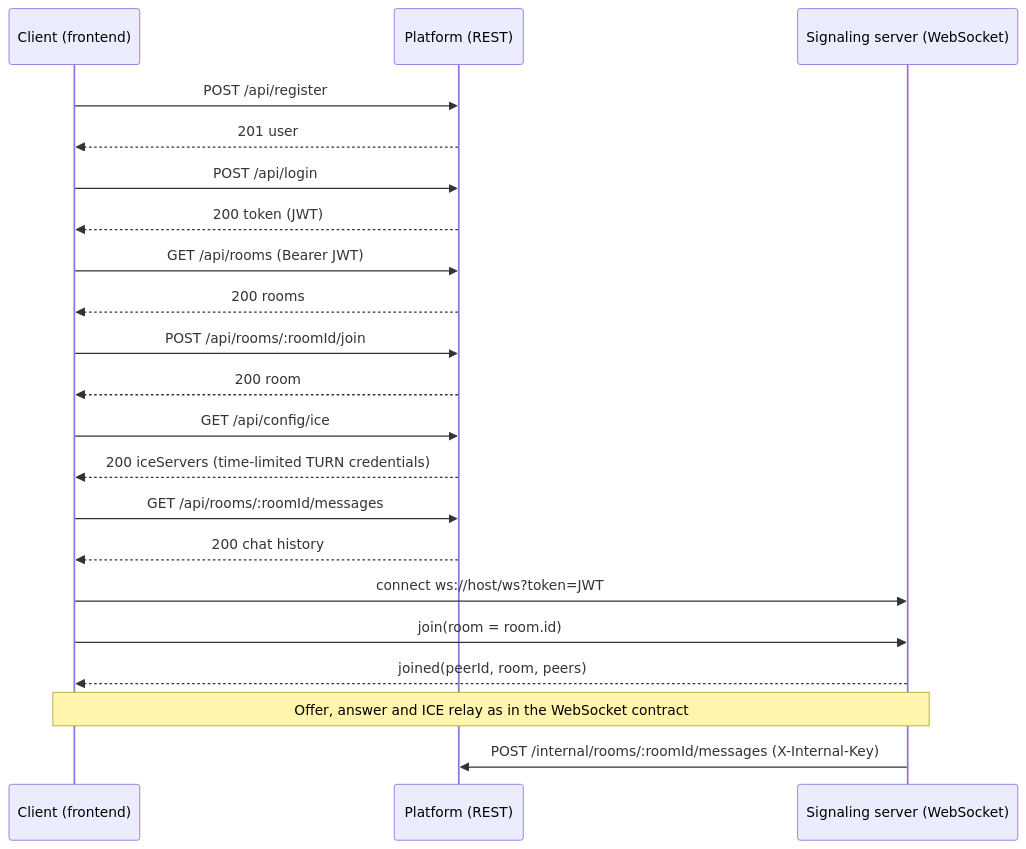
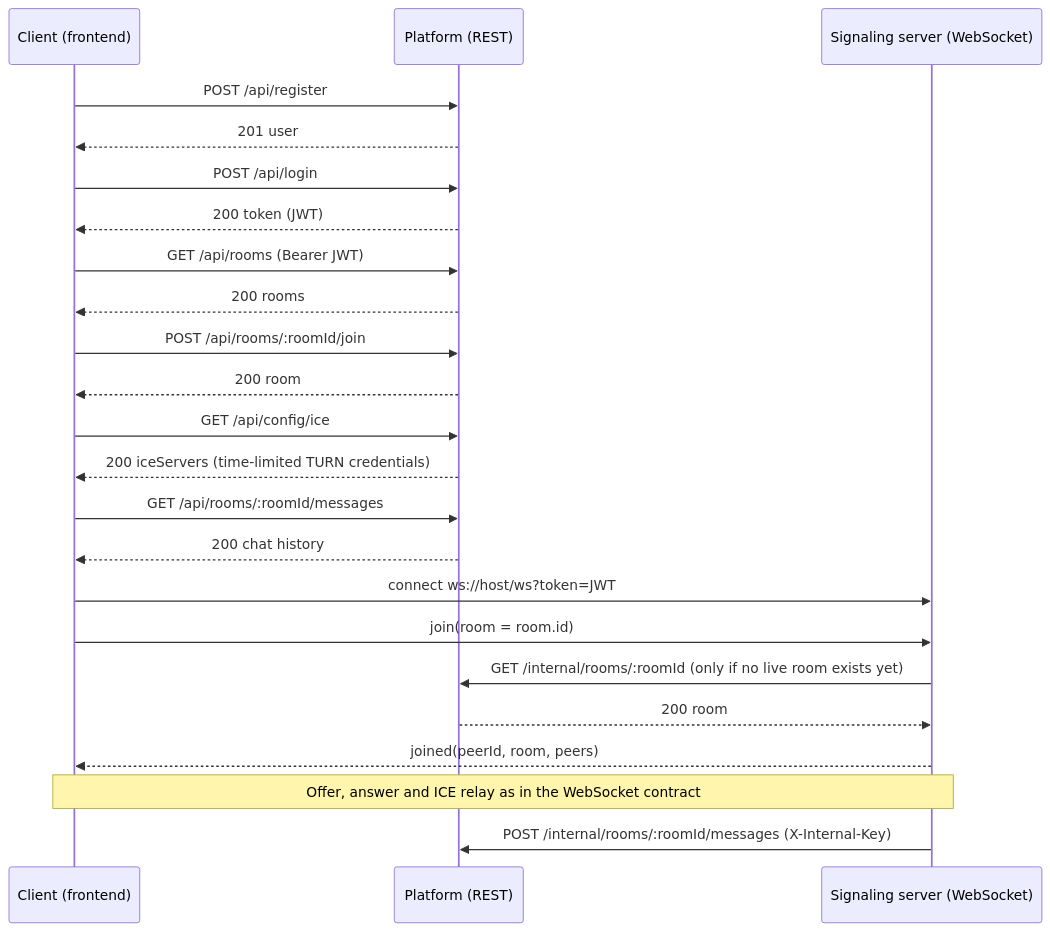
Before and after one commit to giavietchippy/Web-Programing-Midterm: the diagram in Source code/docs/rest-api-contract.md, drawn with Mermaid. The commit also changed other lines of this file and 25 other files, not shown here.

````diff
--- a/Source code/docs/rest-api-contract.md
+++ b/Source code/docs/rest-api-contract.md
@@ -380,23 +514,25 @@
 ```mermaid
 sequenceDiagram
     participant C as Client (frontend)
     participant P as Platform (REST)
     participant S as Signaling server (WebSocket)
     C->>P: POST /api/register
     P-->>C: 201 user
     C->>P: POST /api/login
     P-->>C: 200 token (JWT)
     C->>P: GET /api/rooms (Bearer JWT)
     P-->>C: 200 rooms
     C->>P: POST /api/rooms/:roomId/join
     P-->>C: 200 room
     C->>P: GET /api/config/ice
     P-->>C: 200 iceServers (time-limited TURN credentials)
     C->>P: GET /api/rooms/:roomId/messages
     P-->>C: 200 chat history
     C->>S: connect ws://host/ws?token=JWT
     C->>S: join(room = room.id)
+    S->>P: GET /internal/rooms/:roomId (only if no live room exists yet)
+    P-->>S: 200 room
     S-->>C: joined(peerId, room, peers)
     Note over C,S: Offer, answer and ICE relay as in the WebSocket contract
     S->>P: POST /internal/rooms/:roomId/messages (X-Internal-Key)
 ```
````
